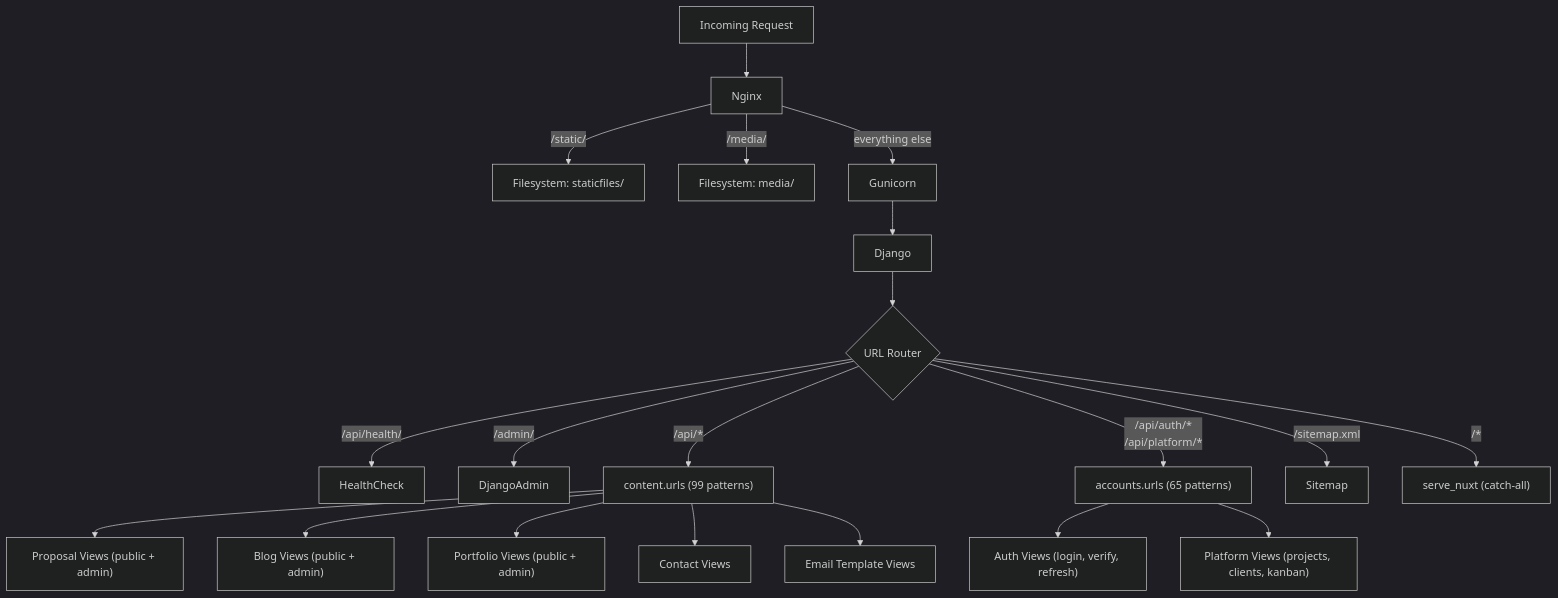
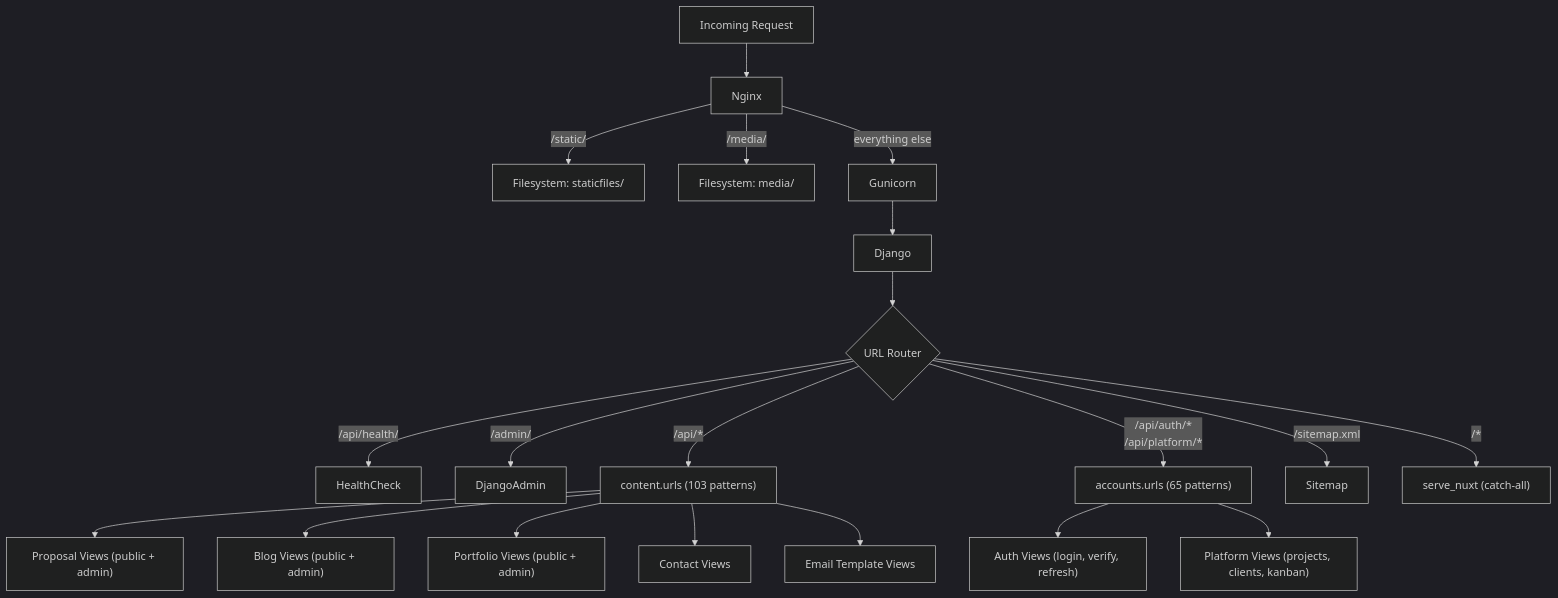
The third of 10 diagrams in docs/methodology/architecture.md (gustavop-dev/projectapp), drawn with Mermaid (dark theme) before and after one commit. The commit also changed 18 other files, not shown here.

````diff
--- a/docs/methodology/architecture.md
+++ b/docs/methodology/architecture.md
@@ -82,28 +82,28 @@
 ```mermaid
 flowchart TD
     Request[Incoming Request] --> Nginx
 
     Nginx -->|/static/| FS1[Filesystem: staticfiles/]
     Nginx -->|/media/| FS2[Filesystem: media/]
     Nginx -->|everything else| Gunicorn
 
     Gunicorn --> Django
     Django --> URLRouter{URL Router}
 
     URLRouter -->|/api/health/| HealthCheck
     URLRouter -->|/admin/| DjangoAdmin
 
-    URLRouter -->|/api/*| ContentURLs["content.urls (99 patterns)"]
+    URLRouter -->|/api/*| ContentURLs["content.urls (103 patterns)"]
     URLRouter -->|/api/auth/*<br>/api/platform/*| AccountsURLs["accounts.urls (65 patterns)"]
     URLRouter -->|/sitemap.xml| Sitemap
     URLRouter -->|/*| ServeNuxt["serve_nuxt (catch-all)"]
 
     AccountsURLs --> AuthViews["Auth Views (login, verify, refresh)"]
     AccountsURLs --> PlatformViews["Platform Views (projects, clients, kanban)"]
 
     ContentURLs --> ProposalViews["Proposal Views (public + admin)"]
     ContentURLs --> BlogViews["Blog Views (public + admin)"]
     ContentURLs --> PortfolioViews["Portfolio Views (public + admin)"]
     ContentURLs --> ContactViews["Contact Views"]
     ContentURLs --> EmailTemplateViews["Email Template Views"]
 ```
````
